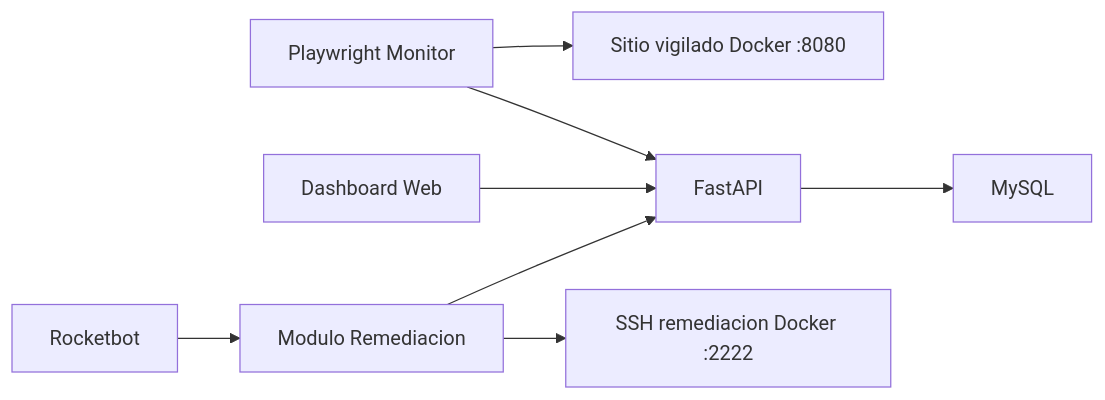
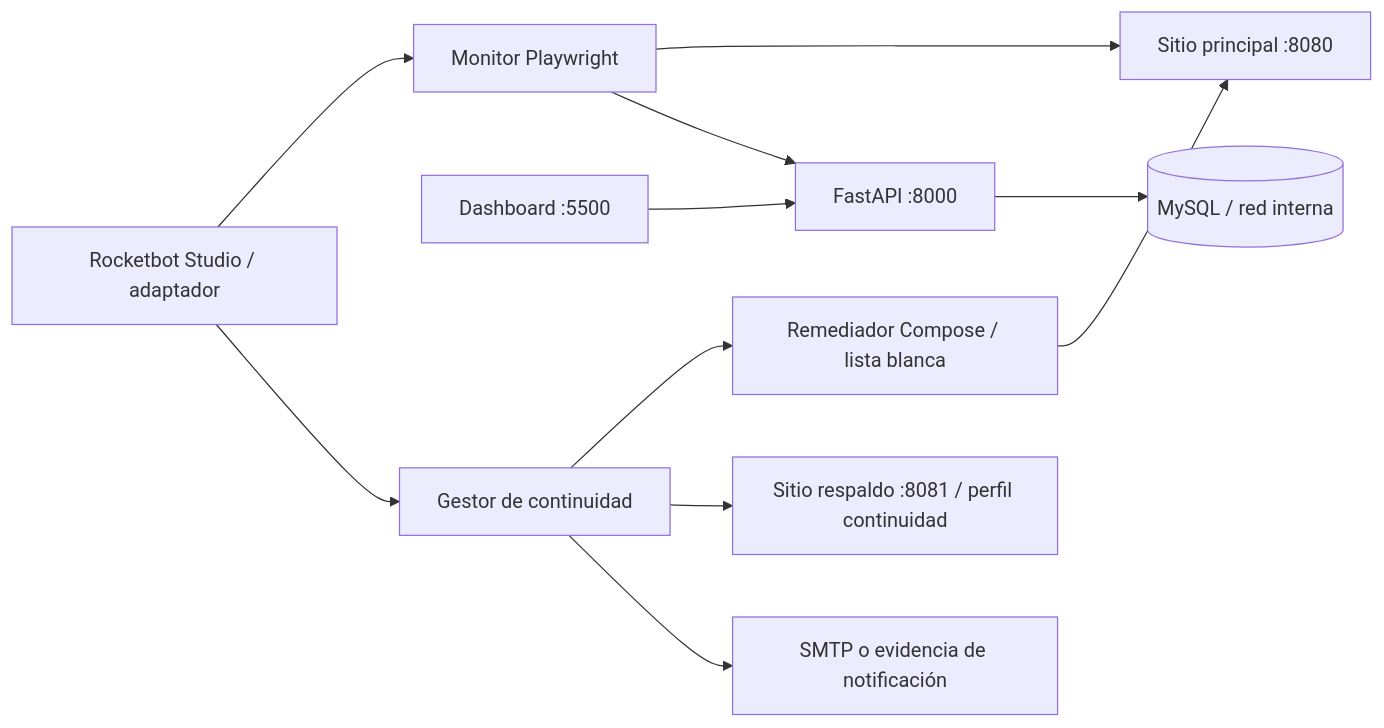
Before and after one commit to SmokeNet/ProyectoTesisUDLA: the diagram in docs/arquitectura.md, drawn with Mermaid. The commit also changed other lines of this file and 35 other files, not shown here.

````diff
--- a/docs/arquitectura.md
+++ b/docs/arquitectura.md
@@ -15,19 +12,13 @@
 ```mermaid
 flowchart LR
-    sitio["Sitio vigilado Docker :8080"]
-    monitor["Playwright Monitor"]
-    api["FastAPI"]
-    mysql["MySQL"]
-    dashboard["Dashboard Web"]
-    rocketbot["Rocketbot"]
-    remediacion["Modulo Remediacion"]
-    ssh["SSH remediacion Docker :2222"]
-
-    monitor --> sitio
-    monitor --> api
-    api --> mysql
-    dashboard --> api
-    rocketbot --> remediacion
-    remediacion --> ssh
-    remediacion --> api
+    R["Rocketbot Studio / adaptador"] --> M["Monitor Playwright"]
+    M --> S["Sitio principal :8080"]
+    M --> A["FastAPI :8000"]
+    A --> D[("MySQL / red interna")]
+    W["Dashboard :5500"] --> A
+    R --> C["Gestor de continuidad"]
+    C --> X["Remediador Compose / lista blanca"]
+    X --> S
+    C --> B["Sitio respaldo :8081 / perfil continuidad"]
+    C --> N["SMTP o evidencia de notificación"]
 ```
````
